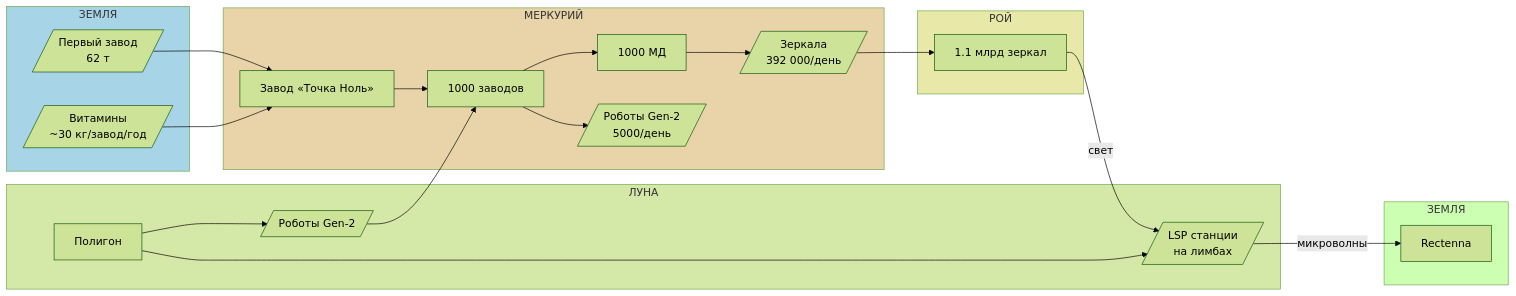
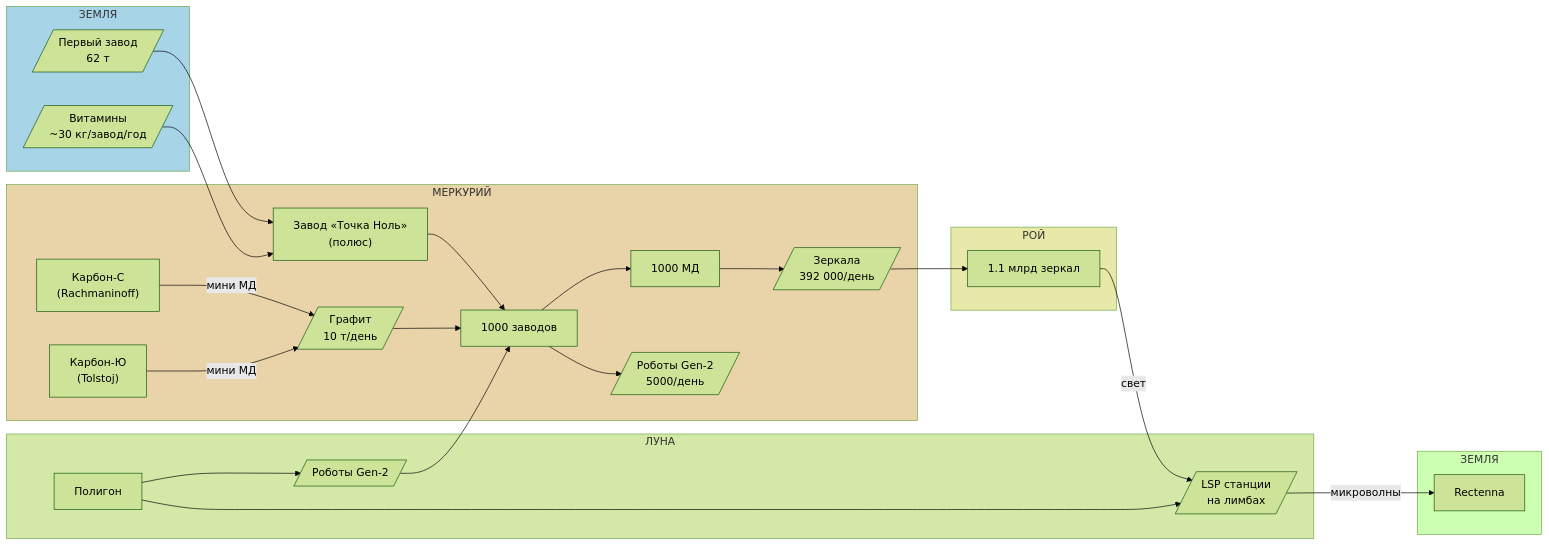
One commit to DmitryNasikanov/infinite-energy changed the first of 2 diagrams in ru/science/production.qmd. Above: the diagram before and after it, drawn with Mermaid (forest theme). The commit also changed other lines of this file and 5 other files, not shown here.

````diff
--- a/ru/science/production.qmd
+++ b/ru/science/production.qmd
@@ -20,47 +20,53 @@
 ```{mermaid}
 flowchart LR
     subgraph ЗЕМЛЯ["ЗЕМЛЯ"]
         E1[/"Первый завод<br/>62 т"/]
         E2[/"Витамины<br/>~30 кг/завод/год"/]
     end
 
     subgraph МЕРКУРИЙ["МЕРКУРИЙ"]
-        M1["Завод «Точка Ноль»"]
+        M1["Завод «Точка Ноль»<br/>(полюс)"]
         M2["1000 заводов"]
         M2a["1000 МД"]
         M3[/"Зеркала<br/>392 000/день"/]
         M4[/"Роботы Gen-2<br/>5000/день"/]
+        MC1["Карбон-С<br/>(Rachmaninoff)"]
+        MC2["Карбон-Ю<br/>(Tolstoj)"]
+        MG[/"Графит<br/>10 т/день"/]
     end
 
     subgraph ЛУНА["ЛУНА"]
         L1["Полигон"]
         L3[/"Роботы Gen-2"/]
         L4[/"LSP станции<br/>на лимбах"/]
     end
 
     subgraph РОЙ["РОЙ"]
         R1["1.1 млрд зеркал"]
     end
 
     subgraph ЗЕМЛЯ2["ЗЕМЛЯ"]
         H1["Rectenna"]
     end
 
     E1 --> M1
     E2 --> M1
     M1 --> M2
     M2 --> M2a
     M2 --> M4
     M2a --> M3
     M3 --> R1
     R1 -->|свет| L4
     L1 --> L3
     L1 --> L4
     L3 --> M2
     L4 -->|микроволны| H1
+    MC1 -->|мини МД| MG
+    MC2 -->|мини МД| MG
+    MG --> M2
 
     style ЗЕМЛЯ fill:#a8d4e8
     style МЕРКУРИЙ fill:#e8d4a8
     style ЛУНА fill:#d4e8a8
     style РОЙ fill:#e8e8a8
 ```
````
